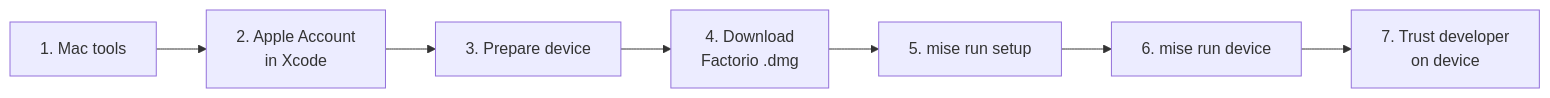
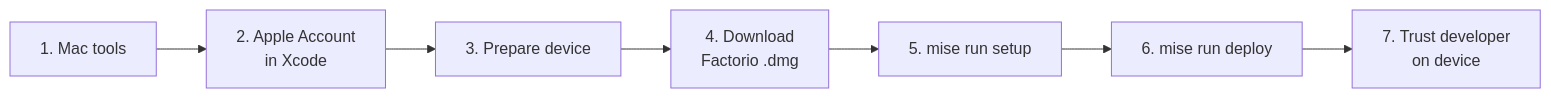
Before and after one commit to klesersurovyj-a11y/factorios: the first of 2 diagrams in docs/getting-started.md, drawn with Mermaid. The commit also changed other lines of this file and 110 other files, not shown here.

````diff
--- a/docs/getting-started.md
+++ b/docs/getting-started.md
@@ -6,4 +6,4 @@
 ```mermaid
 flowchart LR
-    A[1. Mac tools] --> B[2. Apple Account<br/>in Xcode] --> C[3. Prepare device] --> D[4. Download<br/>Factorio .dmg] --> E[5. mise run setup] --> F[6. mise run device] --> G[7. Trust developer<br/>on device]
+    A[1. Mac tools] --> B[2. Apple Account<br/>in Xcode] --> C[3. Prepare device] --> D[4. Download<br/>Factorio .dmg] --> E[5. mise run setup] --> F[6. mise run deploy] --> G[7. Trust developer<br/>on device]
 ```
````
